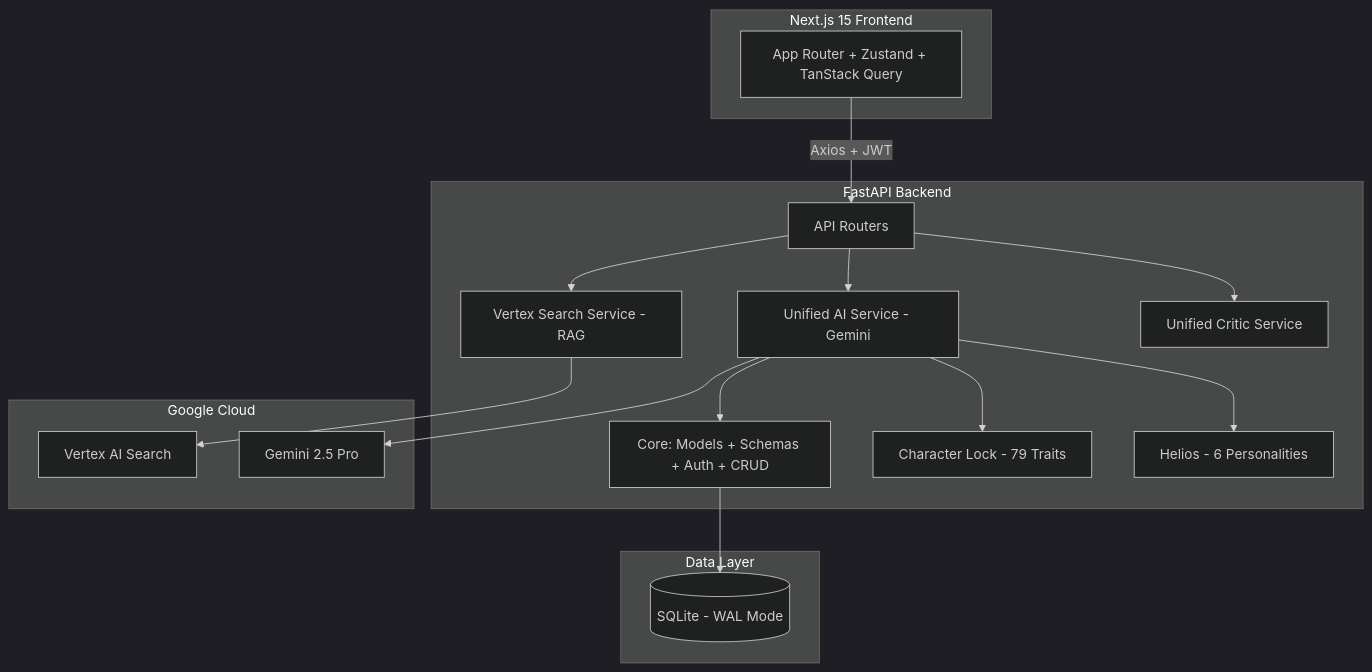
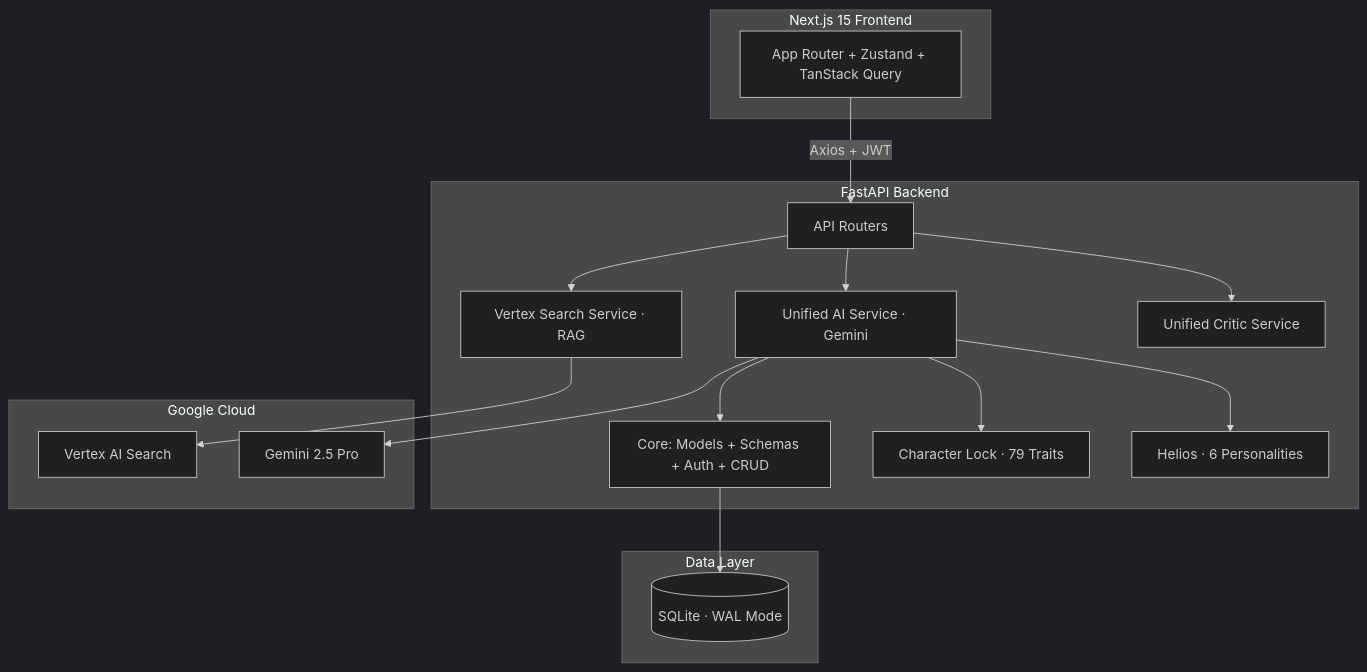
One commit to mindmnml-del/asparklast changed the diagram in README.md. Above: the diagram before and after it, drawn with Mermaid (dark theme).

Commit message:
fix: escape special characters in Mermaid diagram node labels

````diff
--- a/README.md
+++ b/README.md
@@ -29,36 +29,36 @@
 ```mermaid
 graph TD
     subgraph Client["Next.js 15 Frontend"]
-        UI[App Router + Zustand + TanStack Query]
+        UI["App Router + Zustand + TanStack Query"]
     end
 
     subgraph Backend["FastAPI Backend"]
         Routers[API Routers]
-        GenService[Unified AI Service - Gemini]
-        SearchService[Vertex Search Service - RAG]
-        CriticService[Unified Critic Service]
-        Core[Core: Models + Schemas + Auth + CRUD]
-        CharLock[Character Lock - 79 Traits]
-        Helios[Helios - 6 Personalities]
+        GenService["Unified AI Service · Gemini"]
+        SearchService["Vertex Search Service · RAG"]
+        CriticService["Unified Critic Service"]
+        Core["Core: Models + Schemas + Auth + CRUD"]
+        CharLock["Character Lock · 79 Traits"]
+        Helios["Helios · 6 Personalities"]
     end
 
     subgraph Storage["Data Layer"]
-        DB[(SQLite - WAL Mode)]
+        DB[("SQLite · WAL Mode")]
     end
 
     subgraph Cloud["Google Cloud"]
         VertexAI[Vertex AI Search]
         GeminiAPI[Gemini 2.5 Pro]
     end
 
     UI -->|Axios + JWT| Routers
     Routers --> GenService
     Routers --> SearchService
     Routers --> CriticService
     GenService --> Core
     GenService --> CharLock
     GenService --> Helios
     SearchService --> VertexAI
     GenService --> GeminiAPI
     Core --> DB
 ```
````
